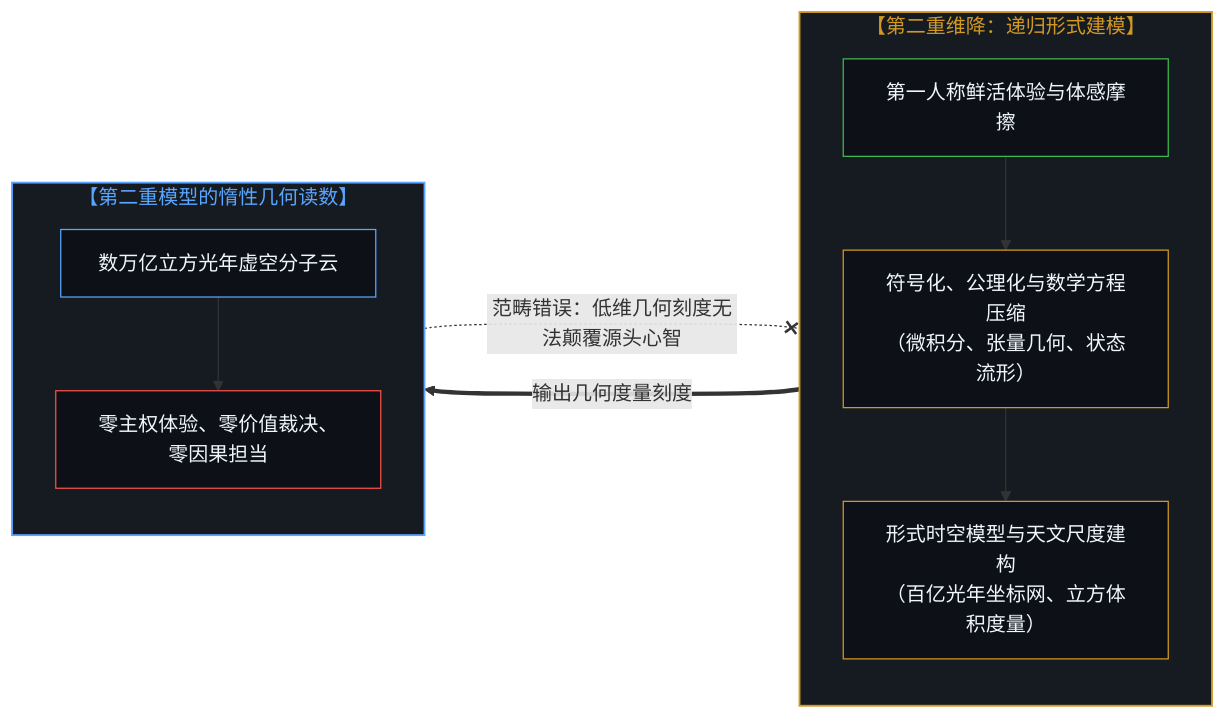
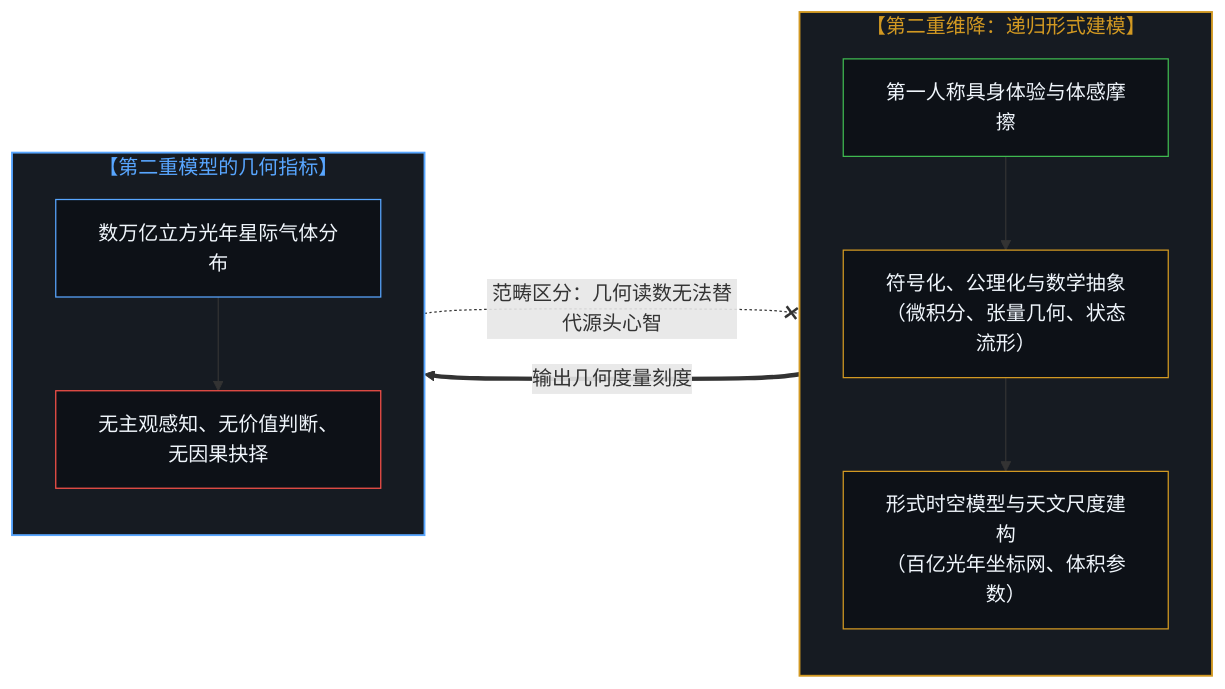
One commit to powerpig99/not-a-toe changed the third of 8 diagrams in content/posts/one-cannot-escape-ones-own-mind.md. Above: the diagram before and after it, drawn with Mermaid. The commit also changed other lines of this file and 2 other files, not shown here.

````diff
--- a/content/posts/one-cannot-escape-ones-own-mind.md
+++ b/content/posts/one-cannot-escape-ones-own-mind.md
@@ -85,24 +87,24 @@
 ```mermaid
 flowchart LR
     subgraph S_SecondCollapse ["【第二重维降：递归形式建模】"]
         direction TB
-        M2["第一人称鲜活体验与体感摩擦"] --> F1["符号化、公理化与数学方程压缩<br/>（微积分、张量几何、状态流形）"]
-        F1 --> F2["形式时空模型与天文尺度建构<br/>（百亿光年坐标网、立方体积度量）"]
+        M2["第一人称具身体验与体感摩擦"] --> F1["符号化、公理化与数学抽象<br/>（微积分、张量几何、状态流形）"]
+        F1 --> F2["形式时空模型与天文尺度建构<br/>（百亿光年坐标网、体积参数）"]
     end
 
-    subgraph S_InertExtension ["【第二重模型的惰性几何读数】"]
+    subgraph S_InertExtension ["【第二重模型的几何指标】"]
         direction TB
-        V1["数万亿立方光年虚空分子云"] --> V2["零主权体验、零价值裁决、零因果担当"]
+        V1["数万亿立方光年星际气体分布"] --> V2["无主观感知、无价值判断、无因果抉择"]
     end
 
     F2 ===>|"输出几何度量刻度"| V1
-    V2 -.-x|"范畴错误：低维几何刻度无法颠覆源头心智"| M2
+    V2 -.-x|"范畴区分：几何读数无法替代源头心智"| M2
 
     style S_SecondCollapse fill:#161b22,stroke:#d29922,stroke-width:1.5px,color:#d29922
     style S_InertExtension fill:#161b22,stroke:#58a6ff,stroke-width:1.5px,color:#58a6ff
     style M2 fill:#0d1117,stroke:#3fb950,stroke-width:1px,color:#f0f6fc
     style F1 fill:#0d1117,stroke:#d29922,stroke-width:1px,color:#f0f6fc
     style F2 fill:#0d1117,stroke:#d29922,stroke-width:1px,color:#f0f6fc
     style V1 fill:#0d1117,stroke:#58a6ff,stroke-width:1px,color:#f0f6fc
     style V2 fill:#0d1117,stroke:#f85149,stroke-width:1px,color:#f0f6fc
 ```
````
